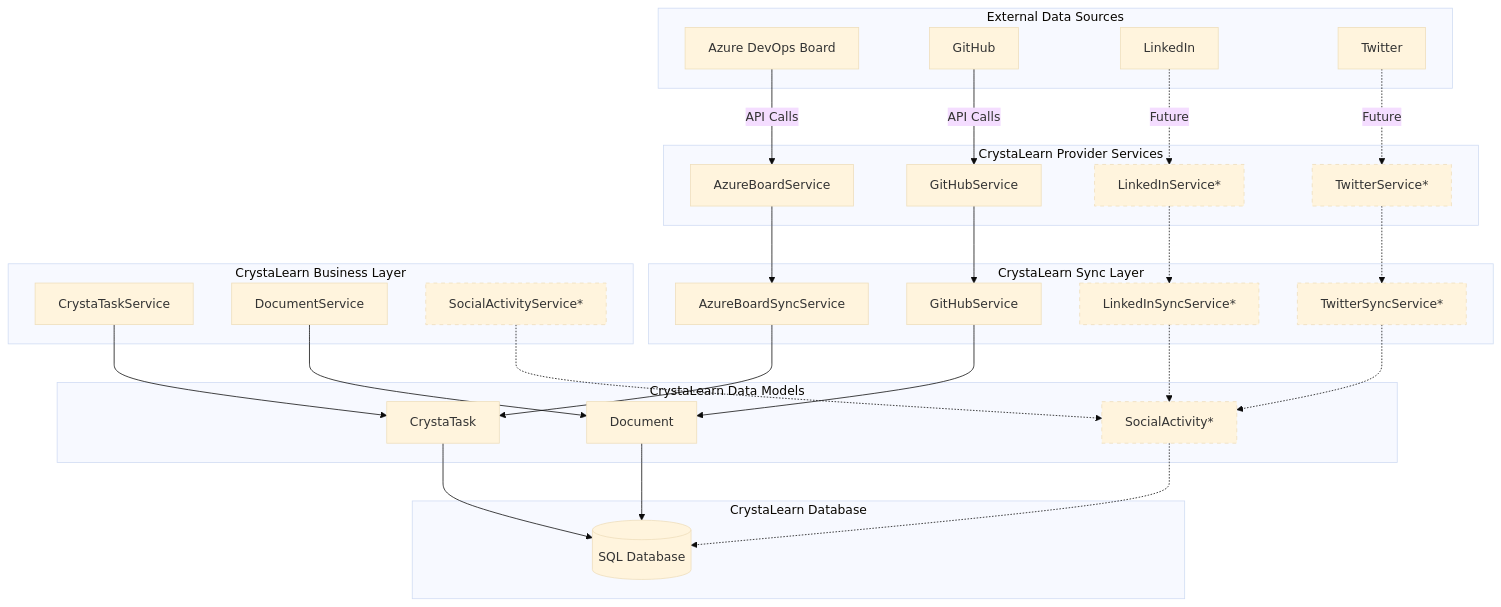
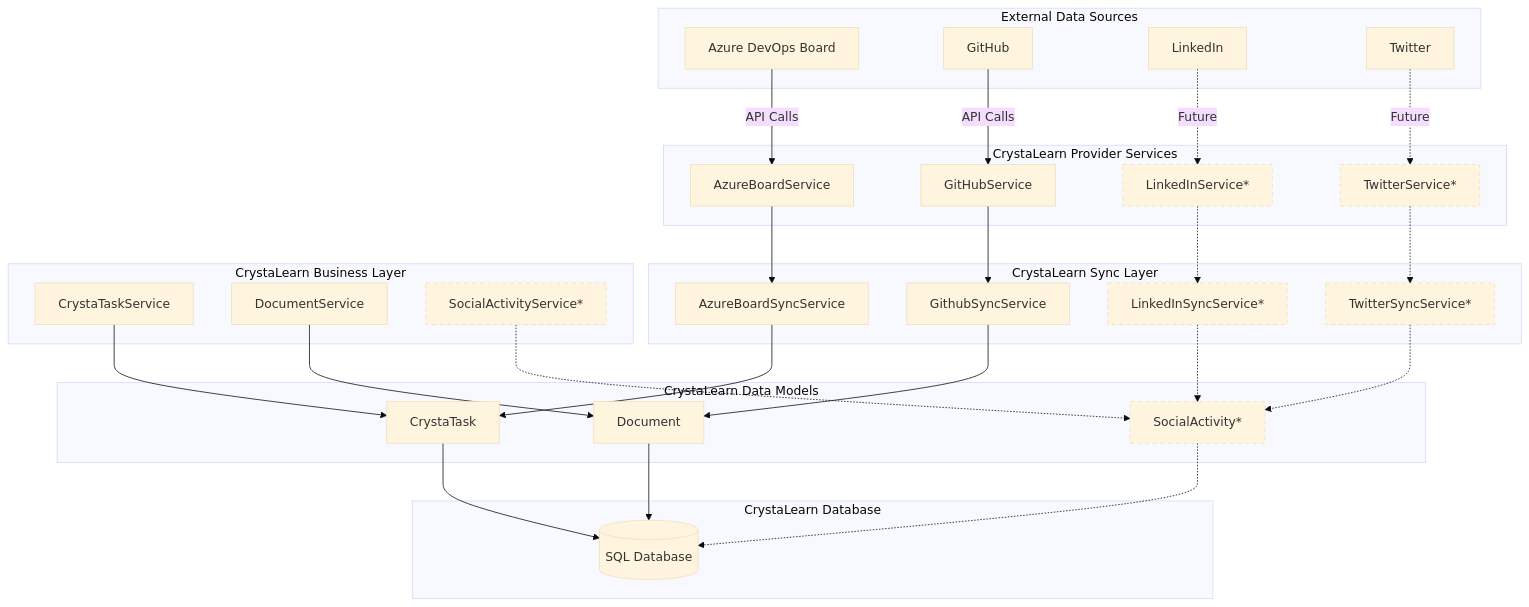
The first of 2 diagrams in docs/architecture/sync-overview.md (cs-internship/cs-system), drawn with Mermaid (base theme) before and after one commit. The commit also changed other lines of this file, not shown here.

Commit message:
Update documentation to reflect GithubSyncService implementation

````diff
--- a/docs/architecture/sync-overview.md
+++ b/docs/architecture/sync-overview.md
@@ -15,69 +15,69 @@
 ```mermaid
 graph TB
     subgraph "External Data Sources"
         AzureBoard[Azure DevOps Board]
         GitHub[GitHub]
         LinkedIn[LinkedIn]
         Twitter[Twitter]
     end
 
     subgraph "CrystaLearn Sync Layer"
         ABS[AzureBoardSyncService]
-        GHS[GitHubService]
+        GHS[GithubSyncService]
         LIS[LinkedInSyncService*]
         TWS[TwitterSyncService*]
     end
 
     subgraph "CrystaLearn Provider Services"
         ABPS[AzureBoardService]
         GHPS[GitHubService]
         LIPS[LinkedInService*]
         TWPS[TwitterService*]
     end
 
     subgraph "CrystaLearn Business Layer"
         CTS[CrystaTaskService]
         DS[DocumentService]
         SAS[SocialActivityService*]
     end
 
     subgraph "CrystaLearn Data Models"
         CT[CrystaTask]
         DOC[Document]
         SA[SocialActivity*]
     end
 
     subgraph "CrystaLearn Database"
         DB[(SQL Database)]
     end
 
     AzureBoard -->|API Calls| ABPS
     GitHub -->|API Calls| GHPS
     LinkedIn -.->|Future| LIPS
     Twitter -.->|Future| TWPS
 
     ABPS --> ABS
     GHPS --> GHS
     LIPS -.-> LIS
     TWPS -.-> TWS
 
     ABS --> CT
     GHS --> DOC
     LIS -.-> SA
     TWS -.-> SA
 
     CTS --> CT
     DS --> DOC
     SAS -.-> SA
 
     CT --> DB
     DOC --> DB
     SA -.-> DB
 
     style LIS stroke-dasharray: 5 5
     style TWS stroke-dasharray: 5 5
     style LIPS stroke-dasharray: 5 5
     style TWPS stroke-dasharray: 5 5
     style SA stroke-dasharray: 5 5
     style SAS stroke-dasharray: 5 5
 ```
````
